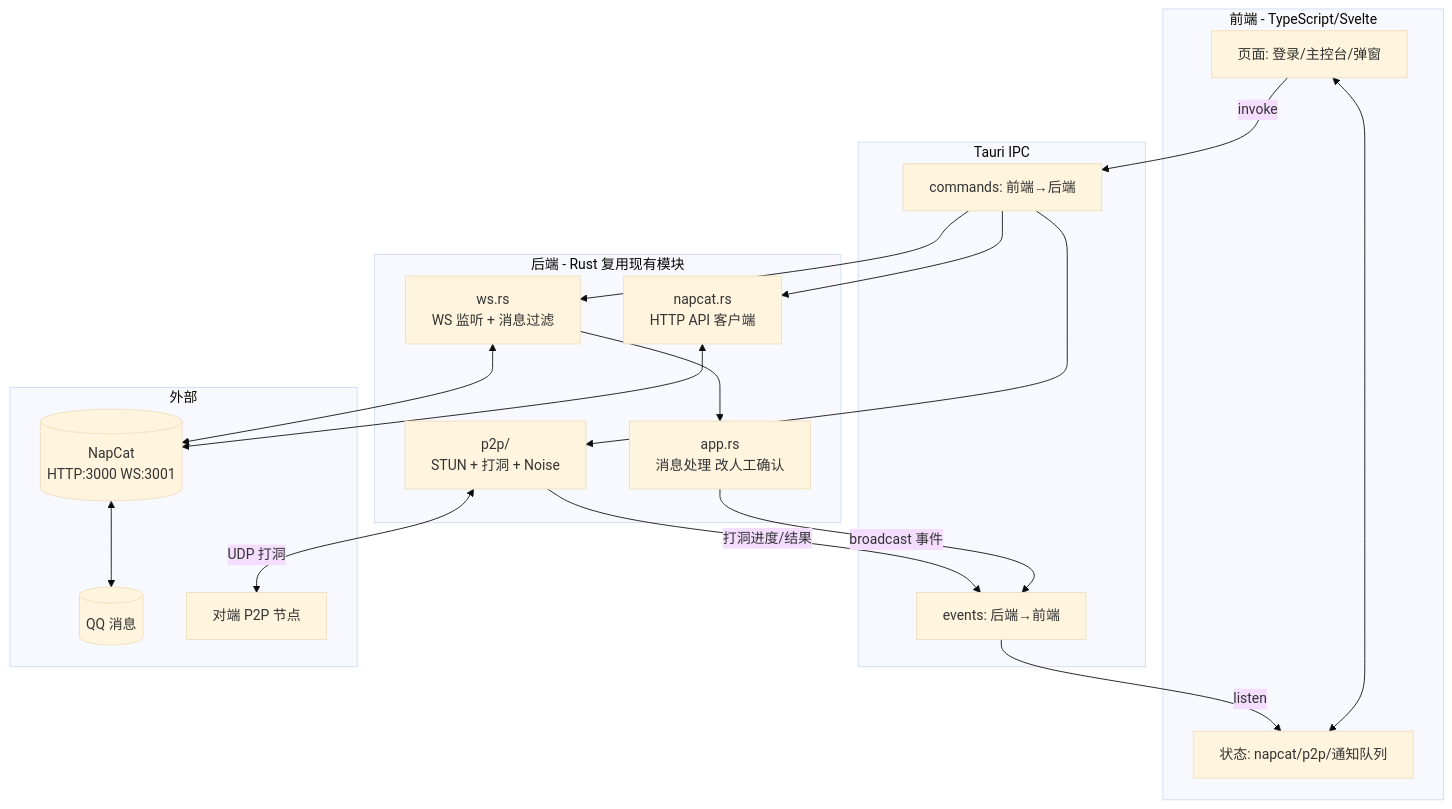
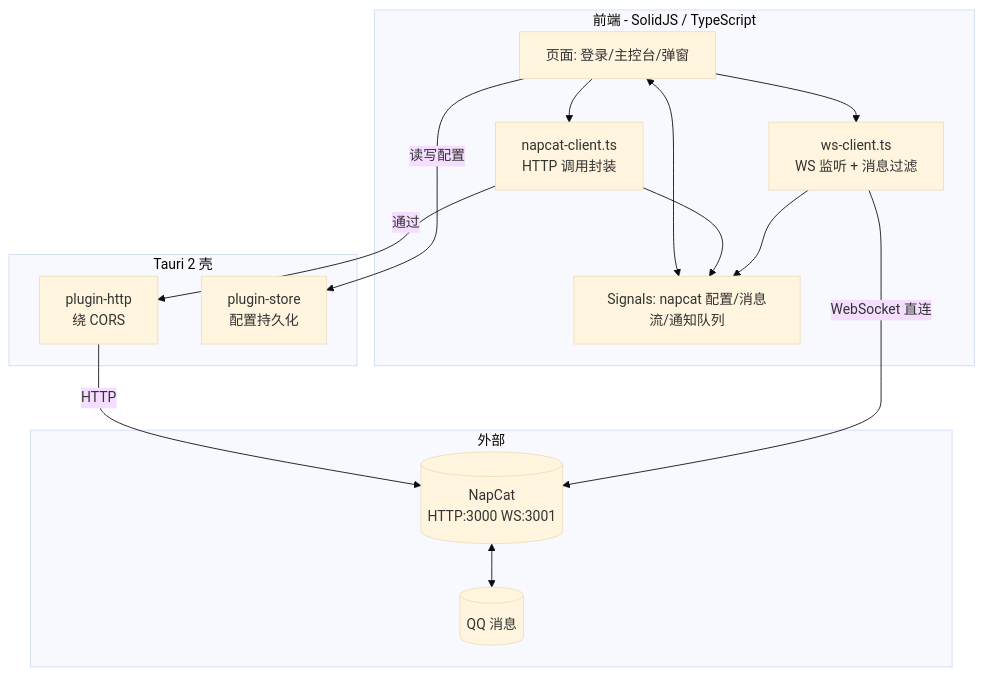
One commit to DinoCatKiller/QQP2P changed the first of 2 diagrams in docs/plan/FRONTEND_PLAN.md. Above: the diagram before and after it, drawn with Mermaid (base theme). The commit also changed other lines of this file and 2 other files, not shown here.

First line of the commit message:
fix(p2p): p2p-bench 修复端口占用 (os error 10048), 改为复用主 socket

````diff
--- a/docs/plan/FRONTEND_PLAN.md
+++ b/docs/plan/FRONTEND_PLAN.md
@@ -77,36 +32,28 @@
 ```mermaid
 flowchart TB
-    subgraph 前端[前端 - TypeScript/Svelte]
+    subgraph 前端[前端 - SolidJS / TypeScript]
         UI[页面: 登录/主控台/弹窗]
-        Store[状态: napcat/p2p/通知队列]
-        UI <--> Store
+        Signals[Signals: napcat 配置/消息流/通知队列]
+        NapcatClient[napcat-client.ts<br/>HTTP 调用封装]
+        WsClient[ws-client.ts<br/>WS 监听 + 消息过滤]
+        UI <--> Signals
+        UI --> NapcatClient
+        UI --> WsClient
+        NapcatClient --> Signals
+        WsClient --> Signals
     end
-    subgraph IPC[Tauri IPC]
-        Cmd[commands: 前端→后端]
-        Evt[events: 后端→前端]
-    end
-    subgraph 后端[后端 - Rust 复用现有模块]
-        NapcatClient[napcat.rs<br/>HTTP API 客户端]
-        WsListener[ws.rs<br/>WS 监听 + 消息过滤]
-        AppHandler[app.rs<br/>消息处理 改人工确认]
-        P2PNode[p2p/<br/>STUN + 打洞 + Noise]
+    subgraph Tauri壳[Tauri 2 壳]
+        HttpPlugin[plugin-http<br/>绕 CORS]
+        StorePlugin[plugin-store<br/>配置持久化]
     end
     subgraph 外部[外部]
         NapCat[(NapCat<br/>HTTP:3000 WS:3001)]
         QQ[(QQ 消息)]
-        Peer[对端 P2P 节点]
     end
 
-    UI -->|invoke| Cmd
-    Evt -->|listen| Store
-    Cmd --> NapcatClient
-    Cmd --> WsListener
-    Cmd --> P2PNode
-    WsListener --> AppHandler
-    AppHandler -->|broadcast 事件| Evt
-    P2PNode -->|打洞进度/结果| Evt
-    NapcatClient <--> NapCat
-    WsListener <--> NapCat
+    NapcatClient -->|通过| HttpPlugin
+    HttpPlugin -->|HTTP| NapCat
+    WsClient -->|WebSocket 直连| NapCat
+    UI -->|读写配置| StorePlugin
     NapCat <--> QQ
-    P2PNode <-->|UDP 打洞| Peer
 ```
````
